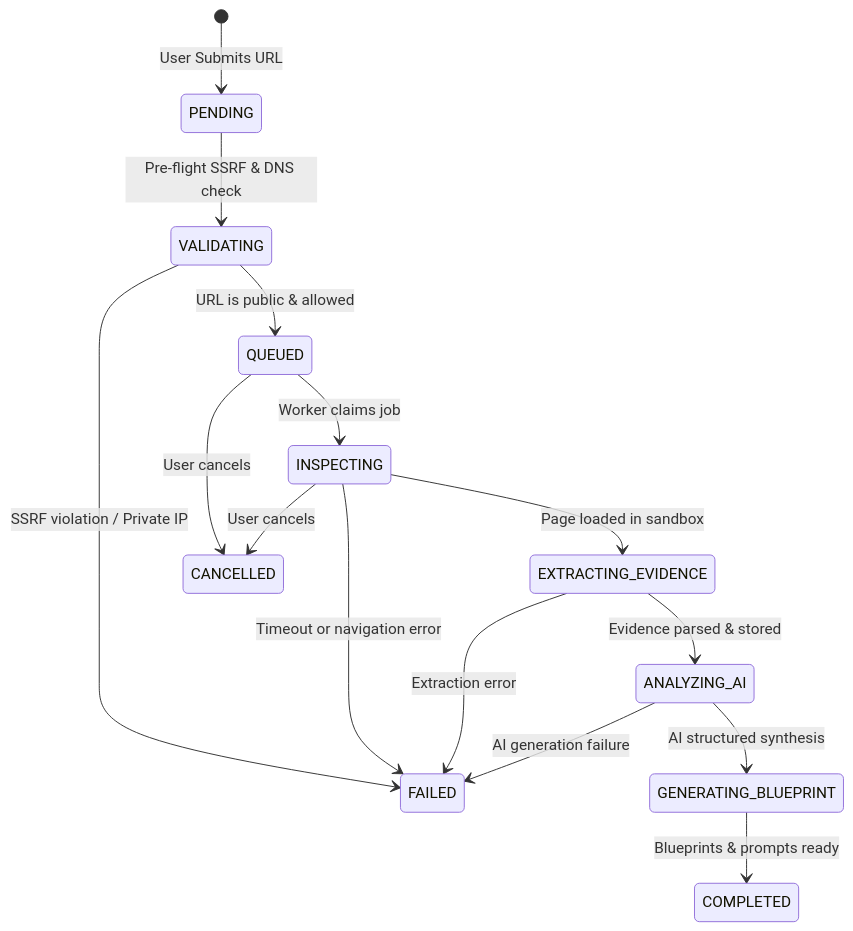
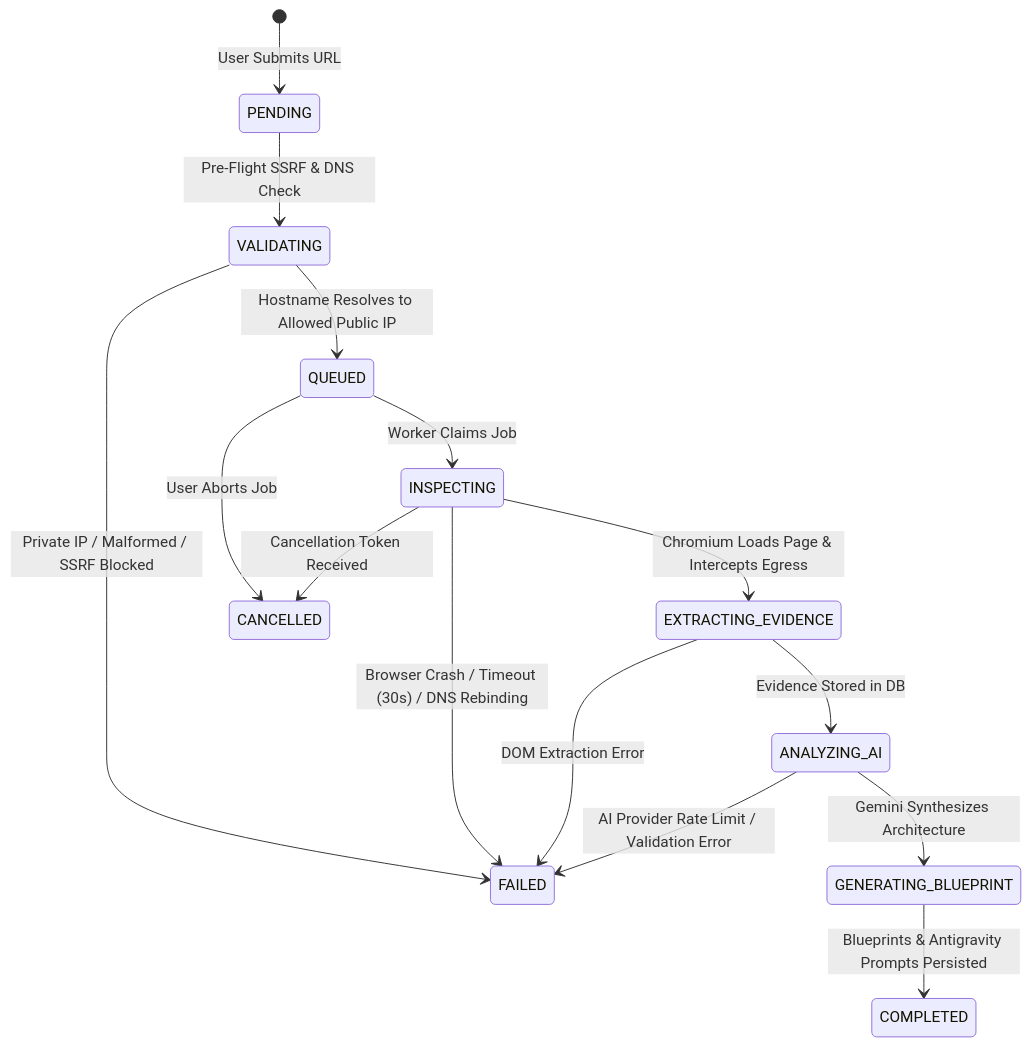
The second of 2 diagrams in docs/ARCHITECTURE.md (mayankraj019/REBUILDIQ), drawn with Mermaid before and after one commit. The commit also changed other lines of this file and 6 other files, not shown here.

Commit message:
feat(phase-1): complete technical architecture, database design, security perimeters and deployment specification

````diff
--- a/docs/ARCHITECTURE.md
+++ b/docs/ARCHITECTURE.md
@@ -93,17 +154,17 @@
   ```mermaid
   stateDiagram-v2
       [*] --> PENDING: User Submits URL
-      PENDING --> VALIDATING: Pre-flight SSRF & DNS check
-      VALIDATING --> QUEUED: URL is public & allowed
-      VALIDATING --> FAILED: SSRF violation / Private IP
-      QUEUED --> INSPECTING: Worker claims job
-      INSPECTING --> EXTRACTING_EVIDENCE: Page loaded in sandbox
-      EXTRACTING_EVIDENCE --> ANALYZING_AI: Evidence parsed & stored
-      ANALYZING_AI --> GENERATING_BLUEPRINT: AI structured synthesis
-      GENERATING_BLUEPRINT --> COMPLETED: Blueprints & prompts ready
-      INSPECTING --> FAILED: Timeout or navigation error
-      EXTRACTING_EVIDENCE --> FAILED: Extraction error
-      ANALYZING_AI --> FAILED: AI generation failure
-      QUEUED --> CANCELLED: User cancels
-      INSPECTING --> CANCELLED: User cancels
+      PENDING --> VALIDATING: Pre-Flight SSRF & DNS Check
+      VALIDATING --> QUEUED: Hostname Resolves to Allowed Public IP
+      VALIDATING --> FAILED: Private IP / Malformed / SSRF Blocked
+      QUEUED --> INSPECTING: Worker Claims Job
+      INSPECTING --> EXTRACTING_EVIDENCE: Chromium Loads Page & Intercepts Egress
+      EXTRACTING_EVIDENCE --> ANALYZING_AI: Evidence Stored in DB
+      ANALYZING_AI --> GENERATING_BLUEPRINT: Gemini Synthesizes Architecture
+      GENERATING_BLUEPRINT --> COMPLETED: Blueprints & Antigravity Prompts Persisted
+      INSPECTING --> FAILED: Browser Crash / Timeout (30s) / DNS Rebinding
+      EXTRACTING_EVIDENCE --> FAILED: DOM Extraction Error
+      ANALYZING_AI --> FAILED: AI Provider Rate Limit / Validation Error
+      QUEUED --> CANCELLED: User Aborts Job
+      INSPECTING --> CANCELLED: Cancellation Token Received
   ```
````
